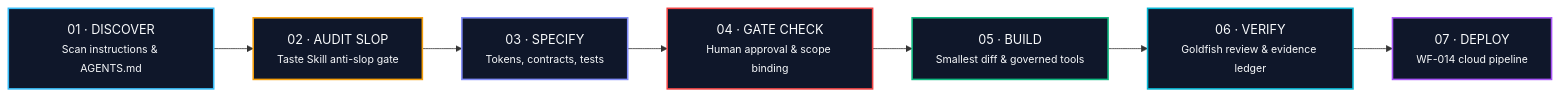
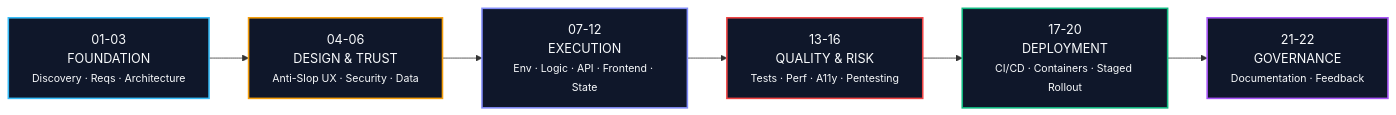
One commit to MK-1603/OpenClone changed the fifth of 6 diagrams in README.md. Above: the diagram before and after it, drawn with Mermaid. The commit also changed other lines of this file, not shown here.

Commit message:
docs(readme): global premium README upgrade with verified architecture, lifecycle, and engineering governance

````diff
--- a/README.md
+++ b/README.md
@@ -367,17 +314,15 @@
 ```mermaid
 flowchart LR
-    D1["01 · DISCOVER<br/><small>Scan instructions & AGENTS.md</small>"] --> D2["02 · AUDIT SLOP<br/><small>Taste Skill anti-slop gate</small>"]
-    D2 --> D3["03 · SPECIFY<br/><small>Tokens, contracts, tests</small>"]
-    D3 --> D4["04 · GATE CHECK<br/><small>Human approval & scope binding</small>"]
-    D4 --> D5["05 · BUILD<br/><small>Smallest diff & governed tools</small>"]
-    D5 --> D6["06 · VERIFY<br/><small>Goldfish review & evidence ledger</small>"]
-    D6 --> D7["07 · DEPLOY<br/><small>WF-014 cloud pipeline</small>"]
+    P1["01-03<br/>FOUNDATION<br/><small>Discovery · Reqs · Architecture</small>"] --> P2["04-06<br/>DESIGN & TRUST<br/><small>Anti-Slop UX · Security · Data</small>"]
+    P2 --> P3["07-12<br/>EXECUTION<br/><small>Env · Logic · API · Frontend · State</small>"]
+    P3 --> P4["13-16<br/>QUALITY & RISK<br/><small>Tests · Perf · A11y · Pentesting</small>"]
+    P4 --> P5["17-20<br/>DEPLOYMENT<br/><small>CI/CD · Containers · Staged Rollout</small>"]
+    P5 --> P6["21-22<br/>GOVERNANCE<br/><small>Documentation · Feedback</small>"]
 
-    style D1 fill:#0f172a,stroke:#38bdf8,stroke-width:2px,color:#f8fafc
-    style D2 fill:#0f172a,stroke:#f59e0b,stroke-width:2px,color:#f8fafc
-    style D3 fill:#0f172a,stroke:#818cf8,stroke-width:2px,color:#f8fafc
-    style D4 fill:#0f172a,stroke:#ef4444,stroke-width:2px,color:#f8fafc
-    style D5 fill:#0f172a,stroke:#10b981,stroke-width:2px,color:#f8fafc
-    style D6 fill:#0f172a,stroke:#06b6d4,stroke-width:2px,color:#f8fafc
-    style D7 fill:#0f172a,stroke:#a855f7,stroke-width:2px,color:#f8fafc
+    style P1 fill:#0f172a,stroke:#38bdf8,stroke-width:2px,color:#f8fafc
+    style P2 fill:#0f172a,stroke:#f59e0b,stroke-width:2px,color:#f8fafc
+    style P3 fill:#0f172a,stroke:#818cf8,stroke-width:2px,color:#f8fafc
+    style P4 fill:#0f172a,stroke:#ef4444,stroke-width:2px,color:#f8fafc
+    style P5 fill:#0f172a,stroke:#10b981,stroke-width:2px,color:#f8fafc
+    style P6 fill:#0f172a,stroke:#a855f7,stroke-width:2px,color:#f8fafc
 ```
````
